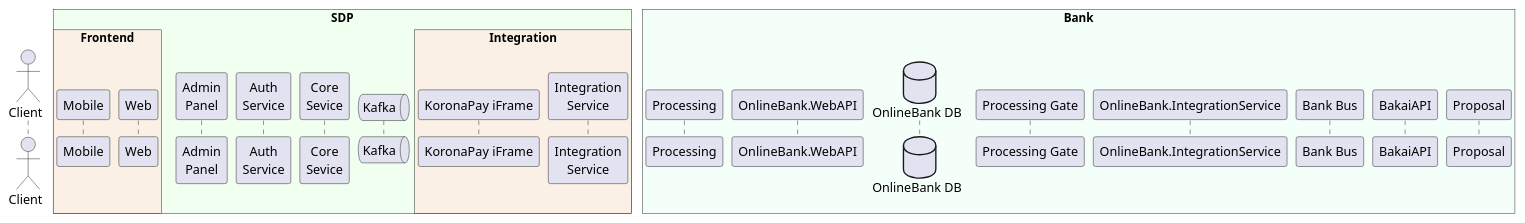
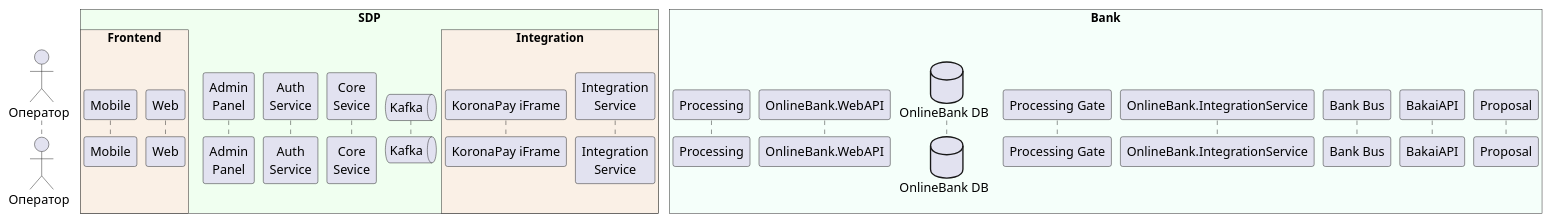
The diagram in sdp_participants.puml (MIBtester/plantuml-styles), drawn with PlantUML before and after one commit.

Commit message:
Rename actor from 'Client' to 'Оператор'

```diff
--- a/sdp_participants.puml
+++ b/sdp_participants.puml
@@ -1,39 +1,39 @@
 @startuml
 !pragma teoz true
 
-actor Client as Client order 10
+actor Оператор as User order 10
 
 box "SDP" #HoneyDew
 
         box "Frontend" #Linen
             participant "Mobile" as Mobile order 20
             participant "Web" as Web order 25
         end box
 
     participant "Admin\nPanel" as Admin order 30
     participant "Auth\nService" as Auth order 33
     participant "Core\nSevice" as Core order 42
     queue "Kafka" as Kafka order 63
 
       box "Integration" #Linen
         participant "KoronaPay iFrame" as ZK order 80
         participant "Integration\nService" as Integration order 99
       end box
 
 end box
 
 box "Bank" #MintCream
 
     participant "Processing" as Processing order 100
     participant "OnlineBank.WebAPI" as WebAPI order 110
     database "OnlineBank DB" as OBDB order 120
     participant "Processing Gate" as Pgate order 130
     participant "OnlineBank.IntegrationService" as OBIS order 140
     participant "Bank Bus" as BankBus order 150
     participant "BakaiAPI" as BakaiAPI order 160
     participant "Proposal" as Proposal order 170
 
 end box
 
 
 @enduml
```
